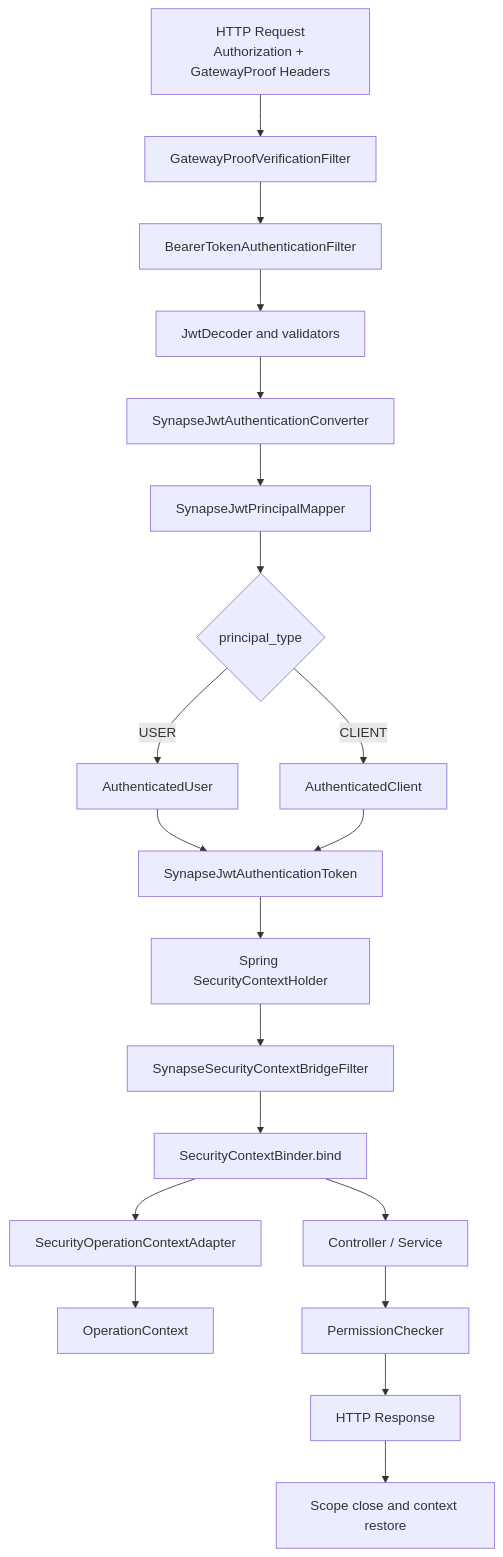
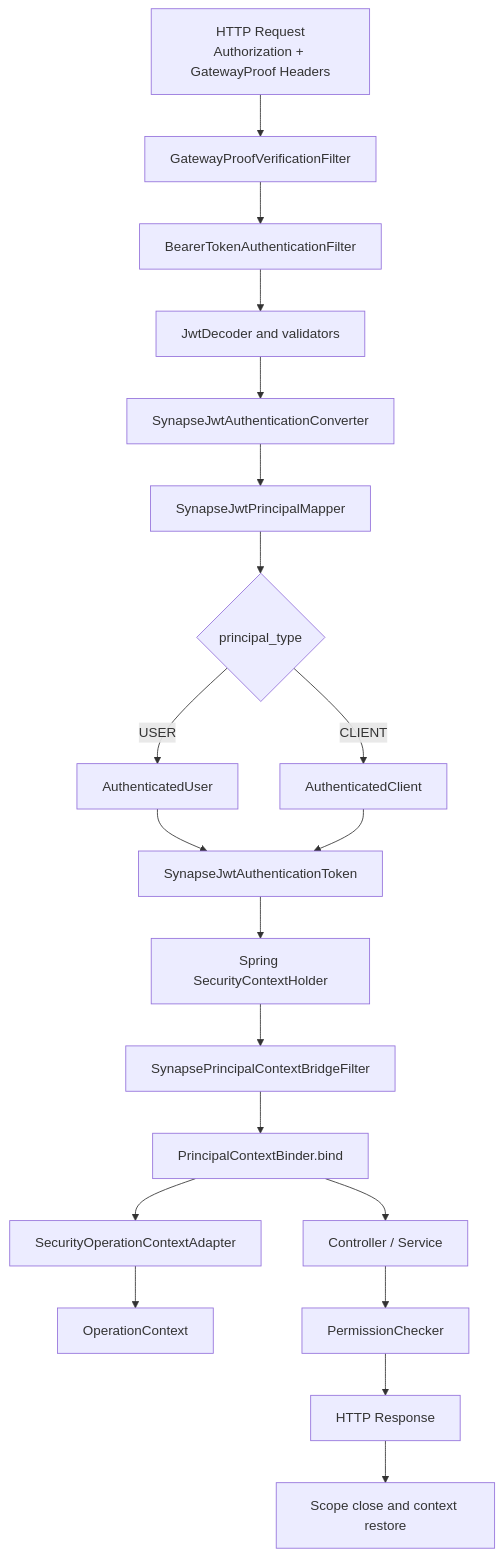
One commit to Chris-co-shi/synapse-framework changed the diagram in docs/learning/02-security-oauth2-request-flow.md. Above: the diagram before and after it, drawn with Mermaid. The commit also changed other lines of this file and 51 other files, not shown here.

Commit message:
refactor: make principal context protocol neutral

````diff
--- a/docs/learning/02-security-oauth2-request-flow.md
+++ b/docs/learning/02-security-oauth2-request-flow.md
@@ -38,22 +38,22 @@
 ```mermaid
 flowchart TD
     A[HTTP Request<br/>Authorization + GatewayProof Headers] --> GP[GatewayProofVerificationFilter]
     GP --> B[BearerTokenAuthenticationFilter]
     B --> C[JwtDecoder and validators]
     C --> D[SynapseJwtAuthenticationConverter]
     D --> E[SynapseJwtPrincipalMapper]
     E --> F{principal_type}
     F -->|USER| G[AuthenticatedUser]
     F -->|CLIENT| H[AuthenticatedClient]
     G --> I[SynapseJwtAuthenticationToken]
     H --> I
     I --> J[Spring SecurityContextHolder]
-    J --> K[SynapseSecurityContextBridgeFilter]
-    K --> L[SecurityContextBinder.bind]
+    J --> K[SynapsePrincipalContextBridgeFilter]
+    K --> L[PrincipalContextBinder.bind]
     L --> M[SecurityOperationContextAdapter]
     M --> N[OperationContext]
     L --> O[Controller / Service]
     O --> P[PermissionChecker]
     P --> Q[HTTP Response]
     Q --> R[Scope close and context restore]
 ```
````
